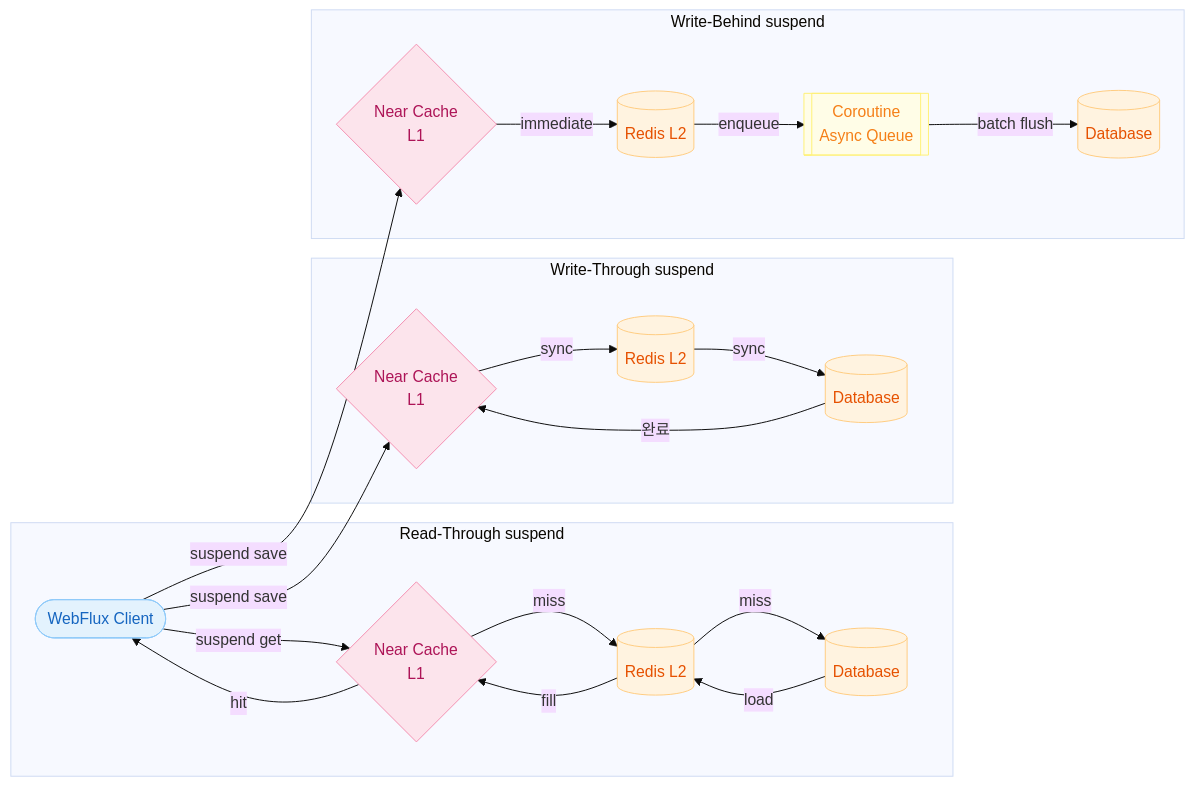
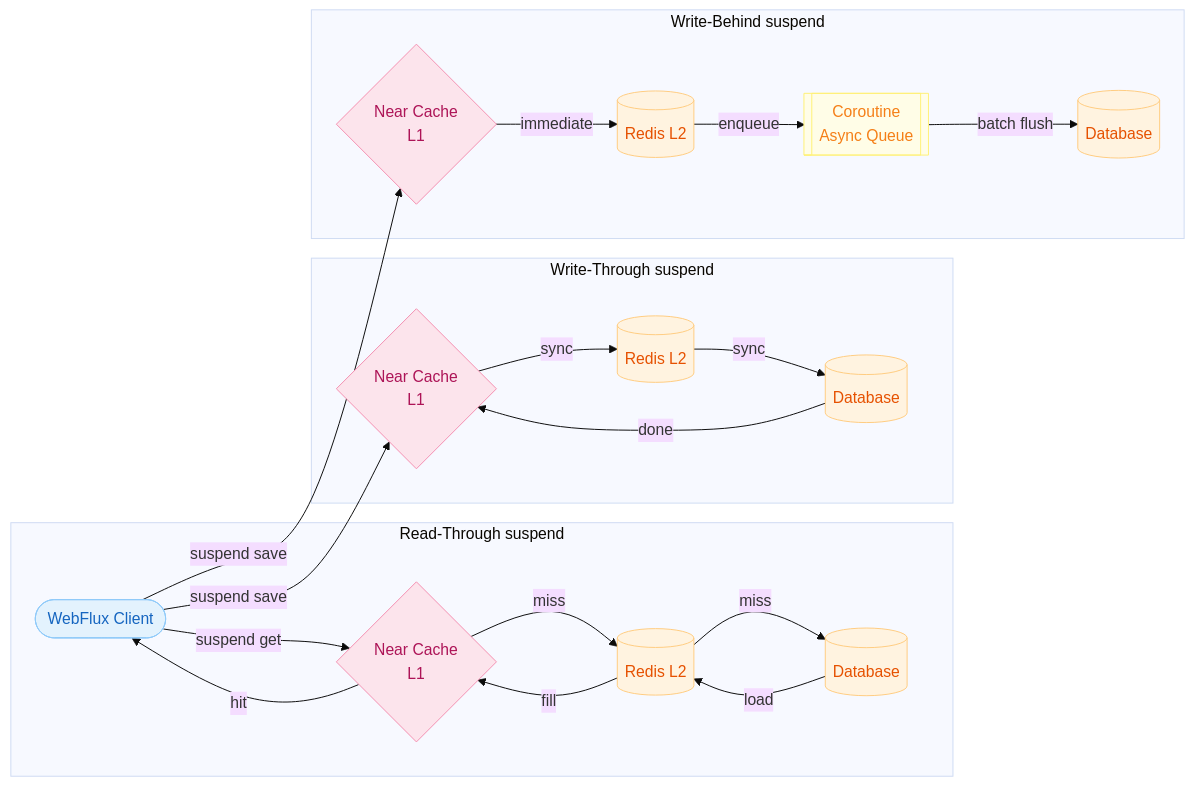
The first of 4 diagrams in 11-high-performance/02-cache-strategies-coroutines/README.md (bluetape4k/exposed-workshop), drawn with Mermaid (base theme) before and after one commit. The commit also changed other lines of this file and 115 other files, not shown here.

````diff
--- a/11-high-performance/02-cache-strategies-coroutines/README.md
+++ b/11-high-performance/02-cache-strategies-coroutines/README.md
@@ -27,49 +28,49 @@
 ```mermaid
 flowchart LR
     Client([WebFlux Client])
 
     subgraph "Read-Through suspend"
         RT_Cache{Near Cache\nL1}
         RT_Redis[(Redis L2)]
         RT_DB[(Database)]
         Client -- suspend get --> RT_Cache
         RT_Cache -- miss --> RT_Redis
         RT_Redis -- miss --> RT_DB
         RT_DB -- load --> RT_Redis
         RT_Redis -- fill --> RT_Cache
         RT_Cache -- hit --> Client
     end
 
     subgraph "Write-Through suspend"
         WT_Cache{Near Cache\nL1}
         WT_Redis[(Redis L2)]
         WT_DB[(Database)]
         Client -- suspend save --> WT_Cache
         WT_Cache -- sync --> WT_Redis
         WT_Redis -- sync --> WT_DB
-        WT_DB -->|완료| WT_Cache
+        WT_DB -->|done| WT_Cache
     end
 
     subgraph "Write-Behind suspend"
         WB_Cache{Near Cache\nL1}
         WB_Redis[(Redis L2)]
         WB_Queue[[Coroutine\nAsync Queue]]
         WB_DB[(Database)]
         Client -- suspend save --> WB_Cache
         WB_Cache -- immediate --> WB_Redis
         WB_Redis -- enqueue --> WB_Queue
         WB_Queue -- batch flush --> WB_DB
     end
 
     classDef blue fill:#E3F2FD,stroke:#90CAF9,color:#1565C0
     classDef green fill:#E8F5E9,stroke:#A5D6A7,color:#2E7D32
     classDef orange fill:#FFF3E0,stroke:#FFCC80,color:#E65100
     classDef pink fill:#FCE4EC,stroke:#F48FB1,color:#AD1457
     classDef yellow fill:#FFFDE7,stroke:#FFF176,color:#F57F17
 
     class Client blue
     class RT_Cache,WT_Cache,WB_Cache pink
     class RT_Redis,WT_Redis,WB_Redis orange
     class RT_DB,WT_DB,WB_DB orange
     class WB_Queue yellow
 ```
````
